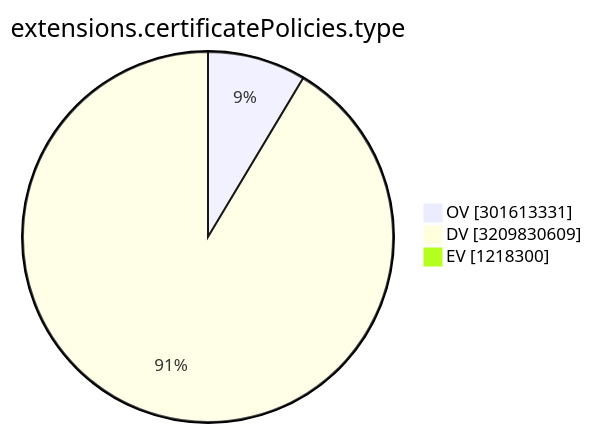
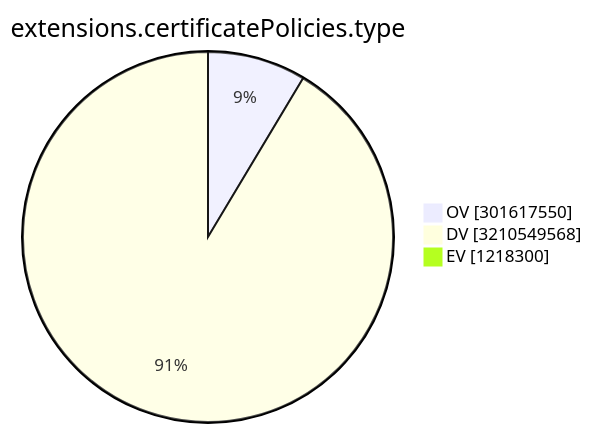
One commit to christiankrug/ctmonitor_visualization changed the ninth of 15 diagrams in TOTAL/README.md. Above: the diagram before and after it, drawn with Mermaid. The commit also changed other lines of this file, not shown here.

````diff
--- a/TOTAL/README.md
+++ b/TOTAL/README.md
@@ -3106,7 +3106,7 @@
 ```mermaid
 pie showData
 title extensions.certificatePolicies.type
-"OV" :301613331
-"DV" :3209830609
+"OV" :301617550
+"DV" :3210549568
 "EV" :1218300
 ```
````
